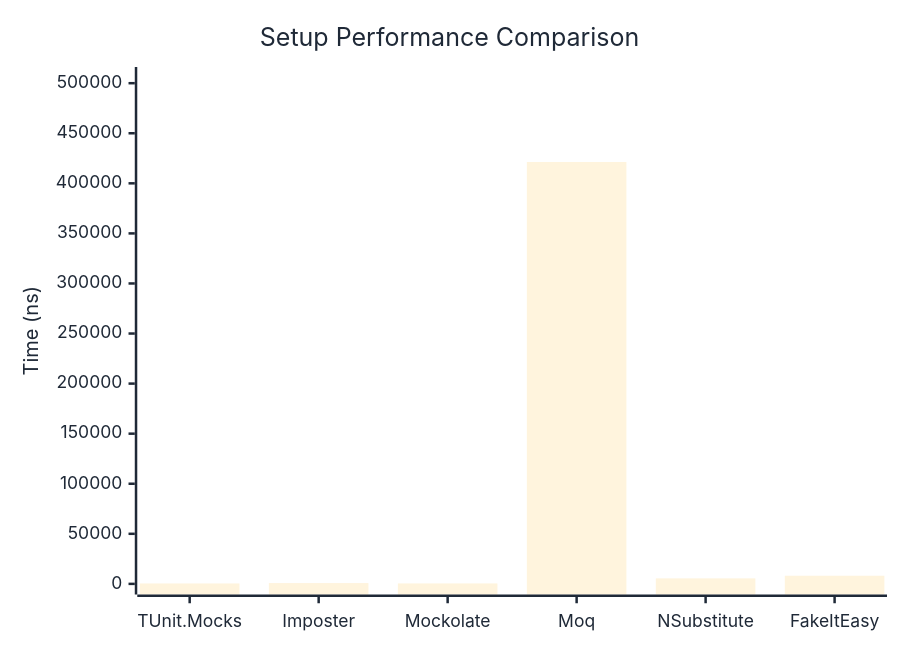
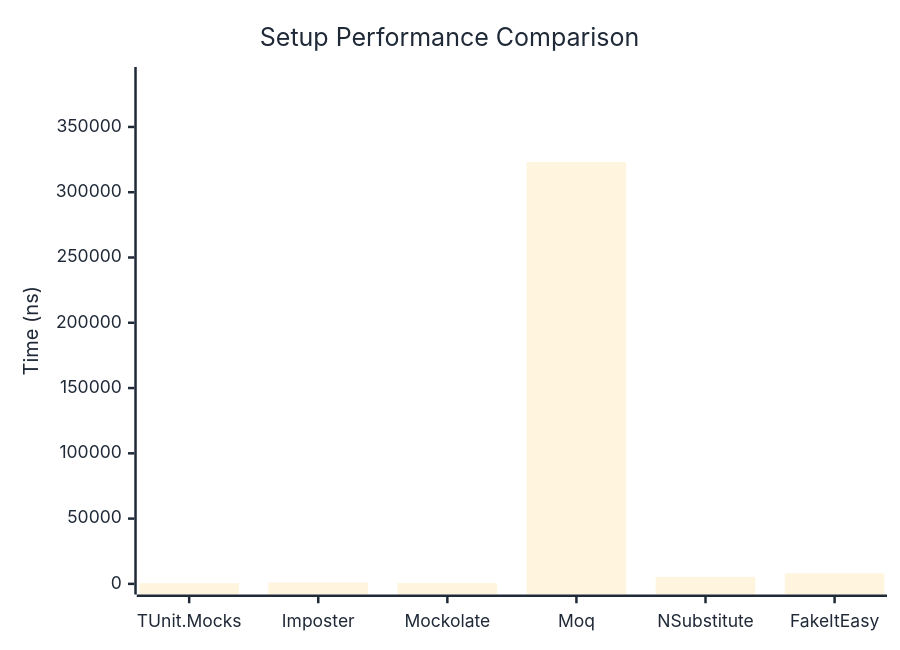
Before and after one commit to thomhurst/TUnit: the first of 2 diagrams in docs/docs/benchmarks/mocks/Setup.md, drawn with Mermaid. The commit also changed other lines of this file and 14 other files, not shown here.

````diff
--- a/docs/docs/benchmarks/mocks/Setup.md
+++ b/docs/docs/benchmarks/mocks/Setup.md
@@ -28,27 +28,27 @@
 ```mermaid
 %%{init: {
   'theme':'base',
   'themeVariables': {
     'primaryColor': '#2563eb',
     'primaryTextColor': '#1f2937',
     'primaryBorderColor': '#1e40af',
     'lineColor': '#6b7280',
     'secondaryColor': '#7c3aed',
     'tertiaryColor': '#dc2626',
     'background': '#ffffff',
     'pie1': '#2563eb',
     'pie2': '#7c3aed',
     'pie3': '#dc2626',
     'pie4': '#f59e0b',
     'pie5': '#10b981',
     'pie6': '#06b6d4',
     'pie7': '#ec4899',
     'pie8': '#6366f1'
   }
 }}%%
 xychart-beta
   title "Setup Performance Comparison"
   x-axis ["TUnit.Mocks", "Imposter", "Mockolate", "Moq", "NSubstitute", "FakeItEasy"]
-  y-axis "Time (ns)" 0 --> 505561
-  bar [426.9, 811.2, 449.8, 421300.1, 5497.9, 8140.4]
+  y-axis "Time (ns)" 0 --> 387777
+  bar [533.9, 1073.1, 538.3, 323146.8, 5432.8, 8055.3]
 ```
````
